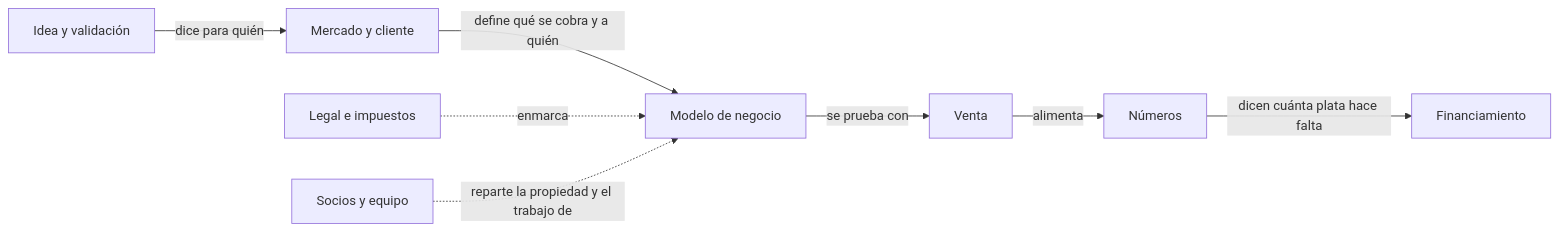
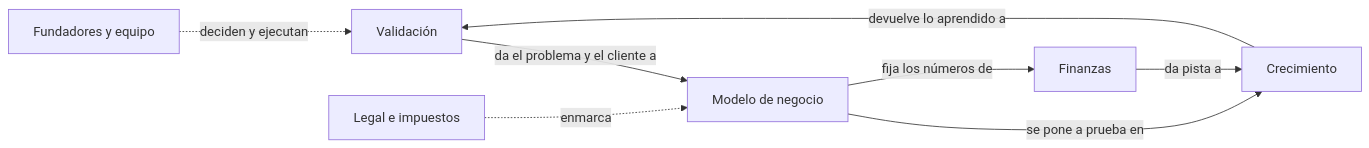
The diagram in Emprender/emprender.md (mtsdlf/conocimiento), drawn with Mermaid before and after one commit. The commit also changed other lines of this file and 31 other files, not shown here.

````diff
--- a/Emprender/emprender.md
+++ b/Emprender/emprender.md
@@ -24,10 +28,10 @@
 ```mermaid
 flowchart LR
-  IV[Idea y validación] -->|dice para quién| MC[Mercado y cliente]
-  MC -->|define qué se cobra y a quién| MN[Modelo de negocio]
-  MN -->|se prueba con| V[Venta]
-  V -->|alimenta| N[Números]
-  N -->|dicen cuánta plata hace falta| F[Financiamiento]
+  V[Validación] -->|da el problema y el cliente a| MN[Modelo de negocio]
+  MN -->|se pone a prueba en| C[Crecimiento]
+  C -->|devuelve lo aprendido a| V
+  MN -->|fija los números de| F[Finanzas]
+  F -->|da pista a| C
+  FE[Fundadores y equipo] -.->|deciden y ejecutan| V
   LI[Legal e impuestos] -.->|enmarca| MN
-  SE[Socios y equipo] -.->|reparte la propiedad y el trabajo de| MN
 ```
````
